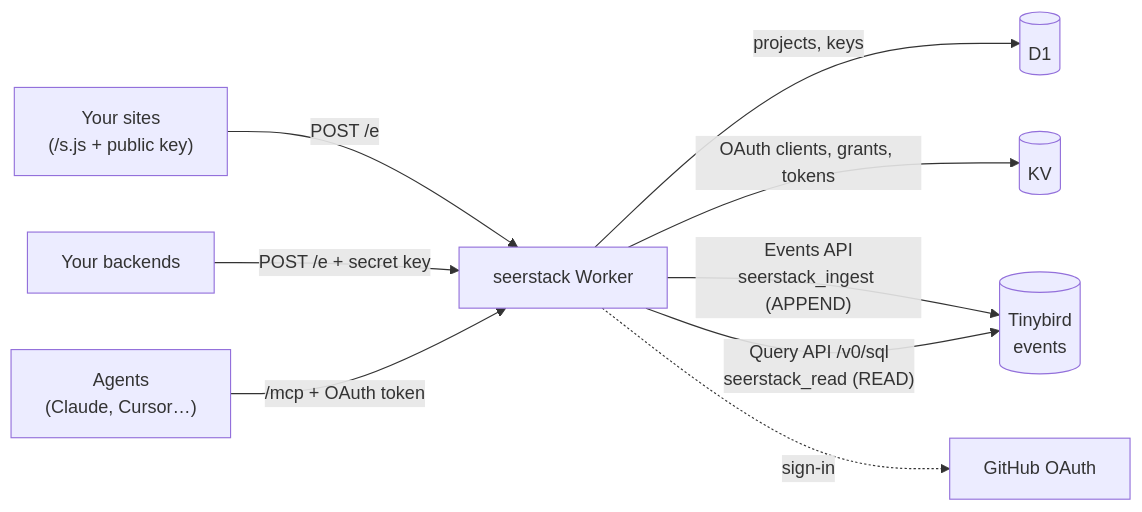
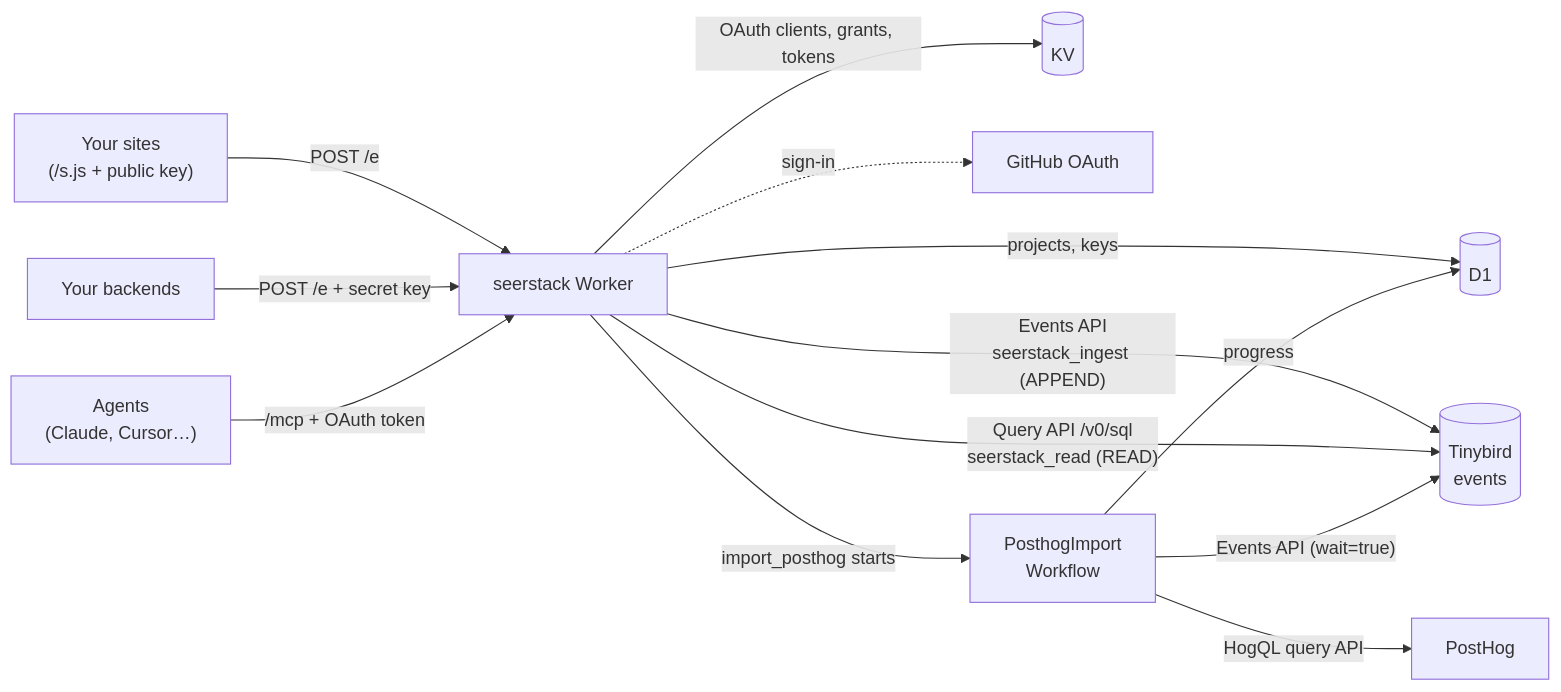
The diagram in .context/architecture.md (dqnamo/seerstack), drawn with Mermaid before and after one commit. The commit also changed other lines of this file and 23 other files, not shown here.

First line of the commit message:
Import history from PostHog with a background Workflow

````diff
--- a/.context/architecture.md
+++ b/.context/architecture.md
@@ -5,11 +5,15 @@
 ```mermaid
 flowchart LR
   browser["Your sites<br/>(/s.js + public key)"] -- "POST /e" --> worker
   servers["Your backends"] -- "POST /e + secret key" --> worker
   agents["Agents<br/>(Claude, Cursor…)"] -- "/mcp + OAuth token" --> worker
   worker["seerstack Worker"] -- "projects, keys" --> d1[("D1")]
   worker -- "OAuth clients, grants, tokens" --> kv[("KV")]
   worker -- "Events API<br/>seerstack_ingest (APPEND)" --> tb[("Tinybird<br/>events")]
   worker -- "Query API /v0/sql<br/>seerstack_read (READ)" --> tb
   worker -. "sign-in" .-> gh["GitHub OAuth"]
+  worker -- "import_posthog starts" --> wf["PosthogImport<br/>Workflow"]
+  wf -- "HogQL query API" --> ph["PostHog"]
+  wf -- "Events API (wait=true)" --> tb
+  wf -- "progress" --> d1
 ```
````
